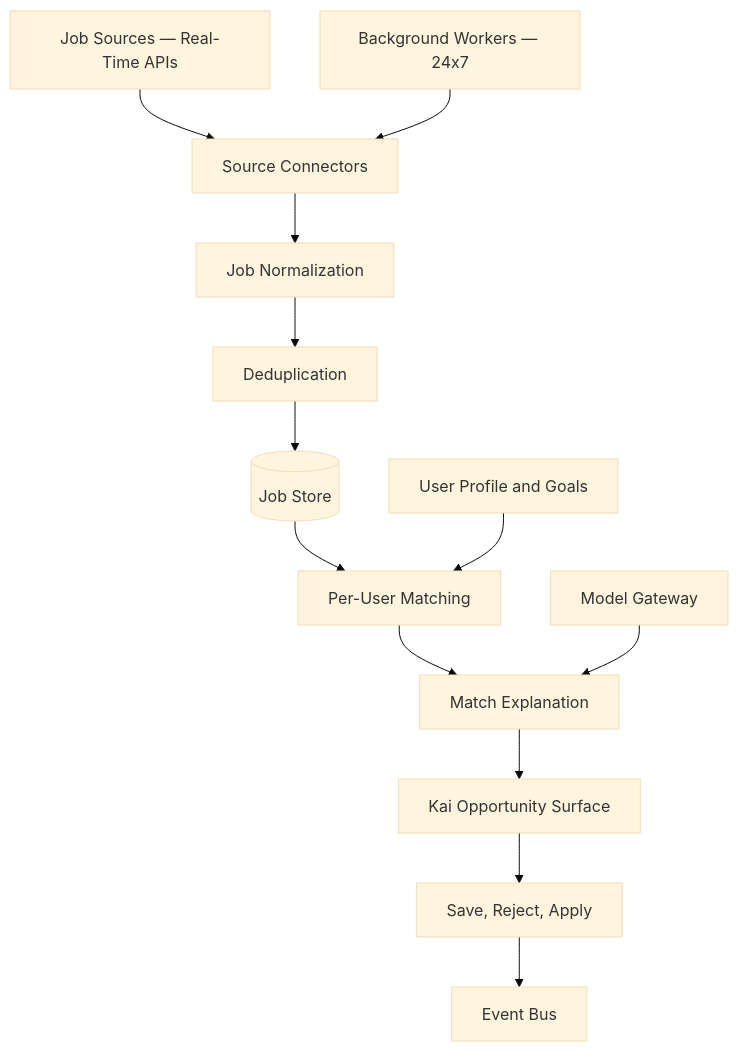
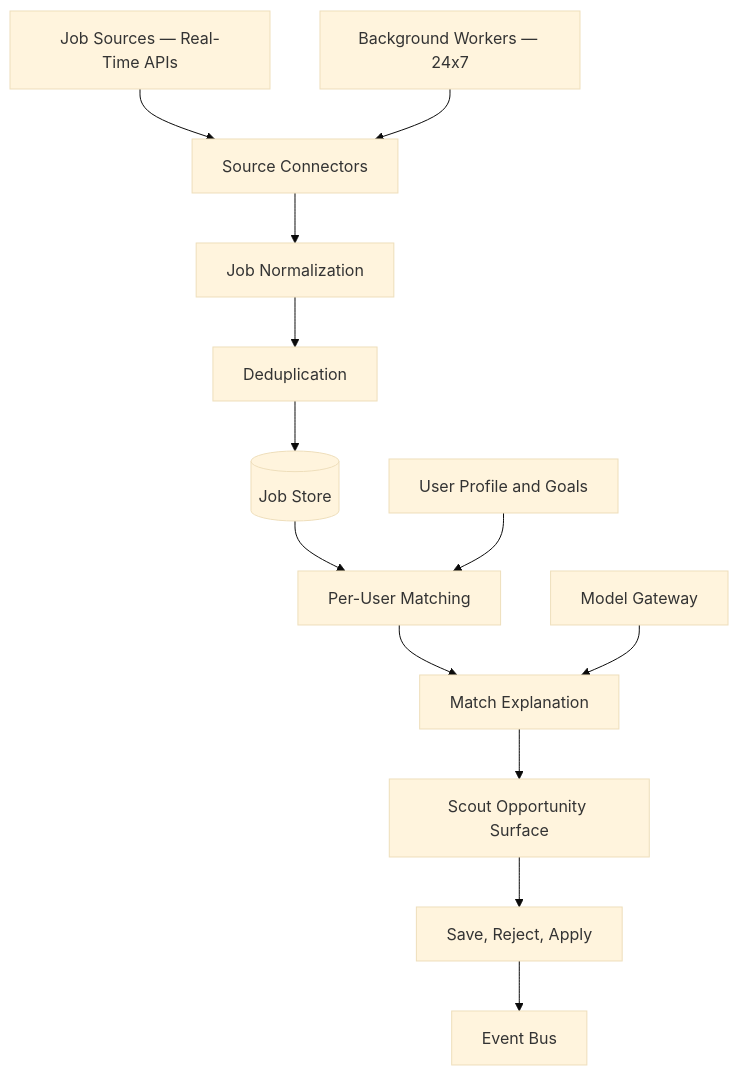
Before and after one commit to Mirzzie/Fadi: the diagram in docs/JOB_DISCOVERY_ENGINE.md, drawn with Mermaid (base theme). The commit also changed other lines of this file and 142 other files, not shown here.

First line of the commit message:
feat!: rename Kai → Scout — the agent that finds what's ahead of you

````diff
--- a/docs/JOB_DISCOVERY_ENGINE.md
+++ b/docs/JOB_DISCOVERY_ENGINE.md
@@ -29,15 +29,15 @@
 ```mermaid
 flowchart TD
     Sources[Job Sources — Real-Time APIs] --> Ingest[Source Connectors]
     Ingest --> Normalize[Job Normalization]
     Normalize --> Dedupe[Deduplication]
     Dedupe --> Jobs[(Job Store)]
     Jobs --> Match[Per-User Matching]
     Profile[User Profile and Goals] --> Match
     Match --> Explain[Match Explanation]
     Gateway[Model Gateway] --> Explain
-    Explain --> Opportunities[Kai Opportunity Surface]
+    Explain --> Opportunities[Scout Opportunity Surface]
     Opportunities --> Feedback[Save, Reject, Apply]
     Feedback --> Events[Event Bus]
     Background[Background Workers — 24x7] --> Ingest
 ```
````
